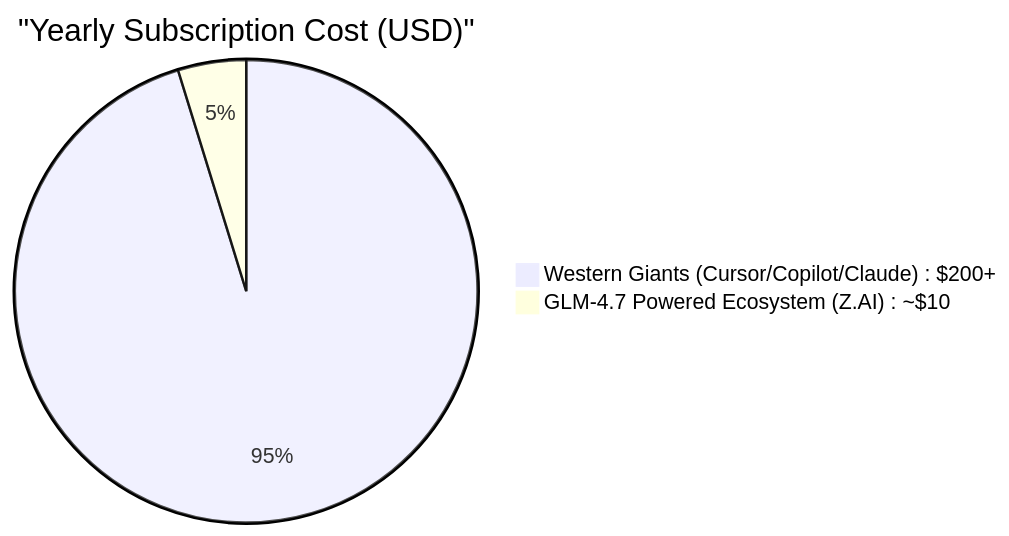
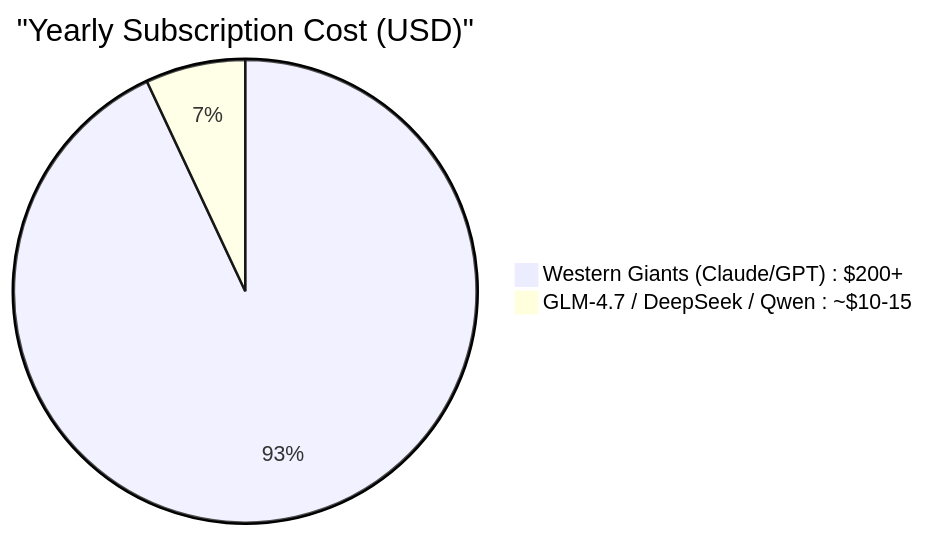
One commit to roman-ryzenadvanced/glm.47-launched-public-benchmarks-specs-here- changed the second of 2 diagrams in README.md. Above: the diagram before and after it, drawn with Mermaid. The commit also changed other lines of this file, not shown here.

Commit message:
⚖️ Balanced the FAQ with competitive context (DeepSeek, Qwen) and added ROI comparison table

````diff
--- a/README.md
+++ b/README.md
@@ -85,5 +94,5 @@
 ```mermaid
 pie title "Yearly Subscription Cost (USD)"
-    "Western Giants (Cursor/Copilot/Claude) : $200+" : 200
-    "GLM-4.7 Powered Ecosystem (Z.AI) : ~$10" : 10
+    "Western Giants (Claude/GPT) : $200+" : 200
+    "GLM-4.7 / DeepSeek / Qwen : ~$10-15" : 15
 ```
````
